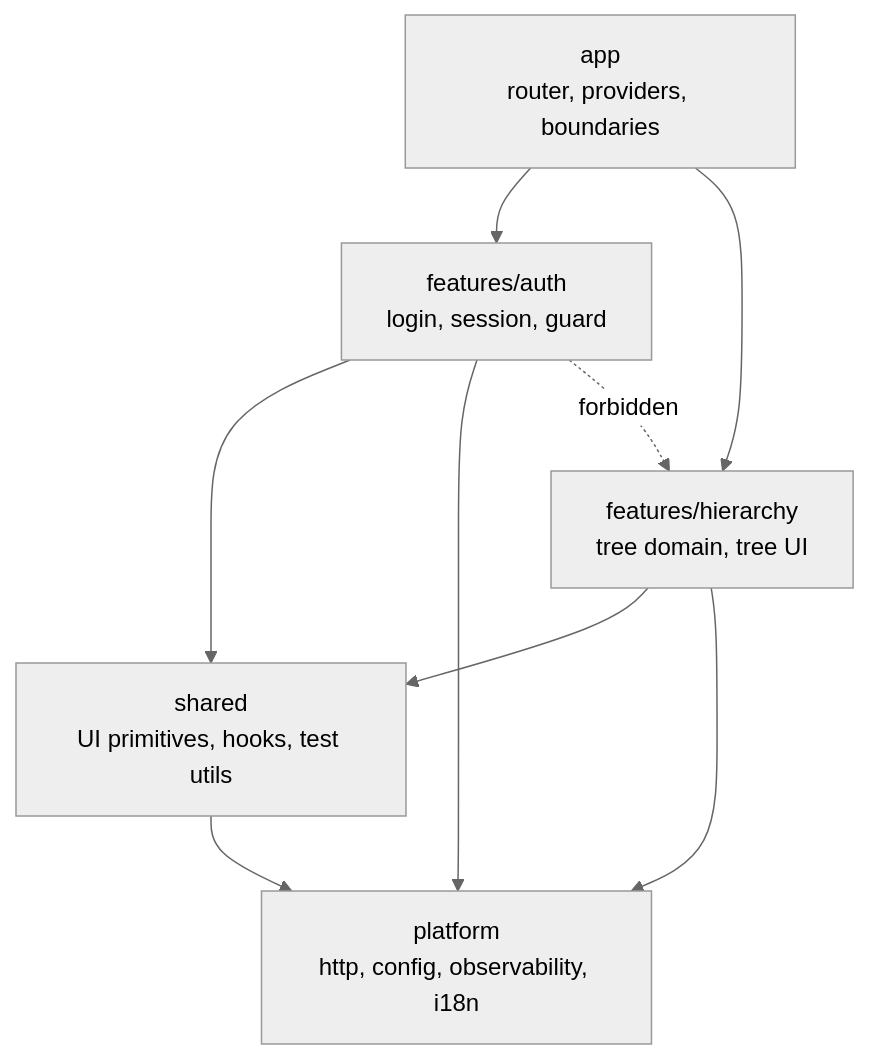
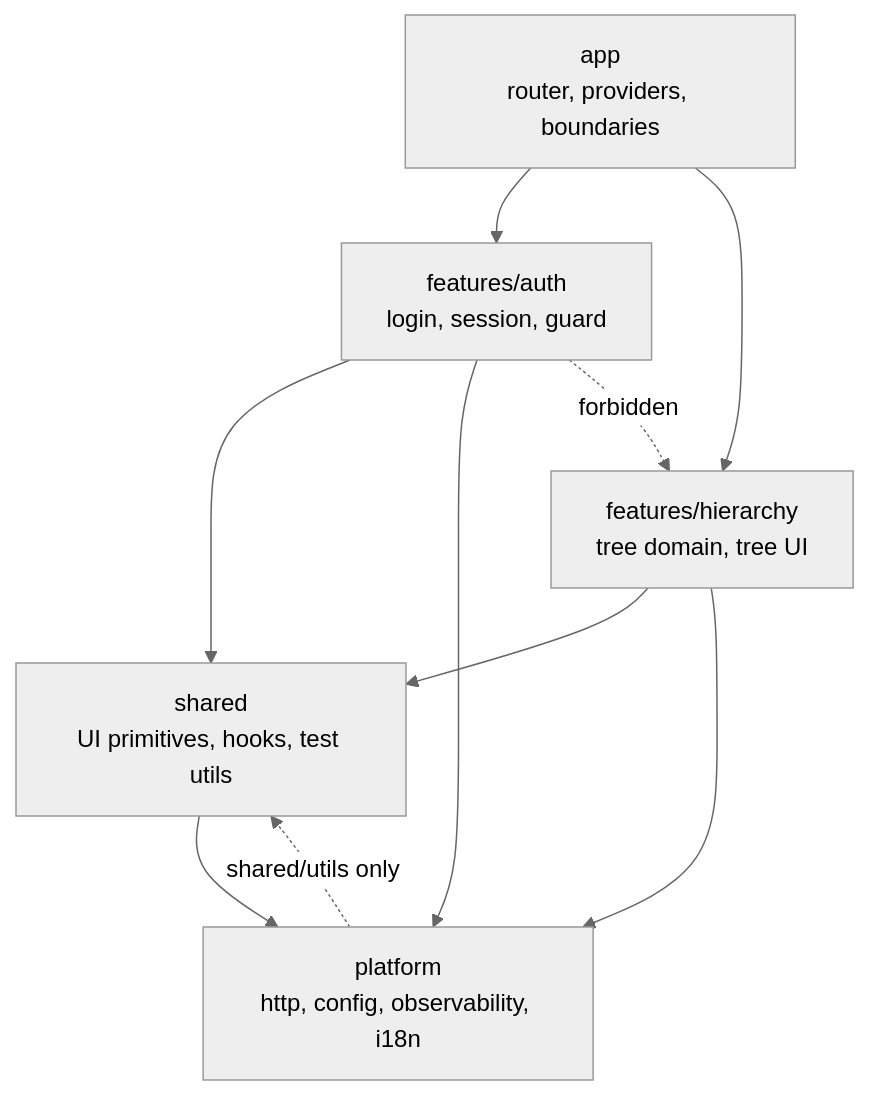
Before and after one commit to sergeykhomyuk/hierarchy-tree: the first of 2 diagrams in specs/ARCHITECTURE.md, drawn with Mermaid (neutral theme). The commit also changed other lines of this file and 10 other files, not shown here.

First line of the commit message:
refactor(phase-1-conventions): extract bytesToHex to shared/utils

````diff
--- a/specs/ARCHITECTURE.md
+++ b/specs/ARCHITECTURE.md
@@ -18,17 +18,18 @@
 ```mermaid
 graph TD
     app["app<br/>router, providers, boundaries"]
     auth["features/auth<br/>login, session, guard"]
     hierarchy["features/hierarchy<br/>tree domain, tree UI"]
     shared["shared<br/>UI primitives, hooks, test utils"]
     platform["platform<br/>http, config, observability, i18n"]
 
     app --> auth
     app --> hierarchy
     auth --> shared
     auth --> platform
     hierarchy --> shared
     hierarchy --> platform
     shared --> platform
+    platform -. shared/utils only .-> shared
     auth -. forbidden .-> hierarchy
 ```
````
